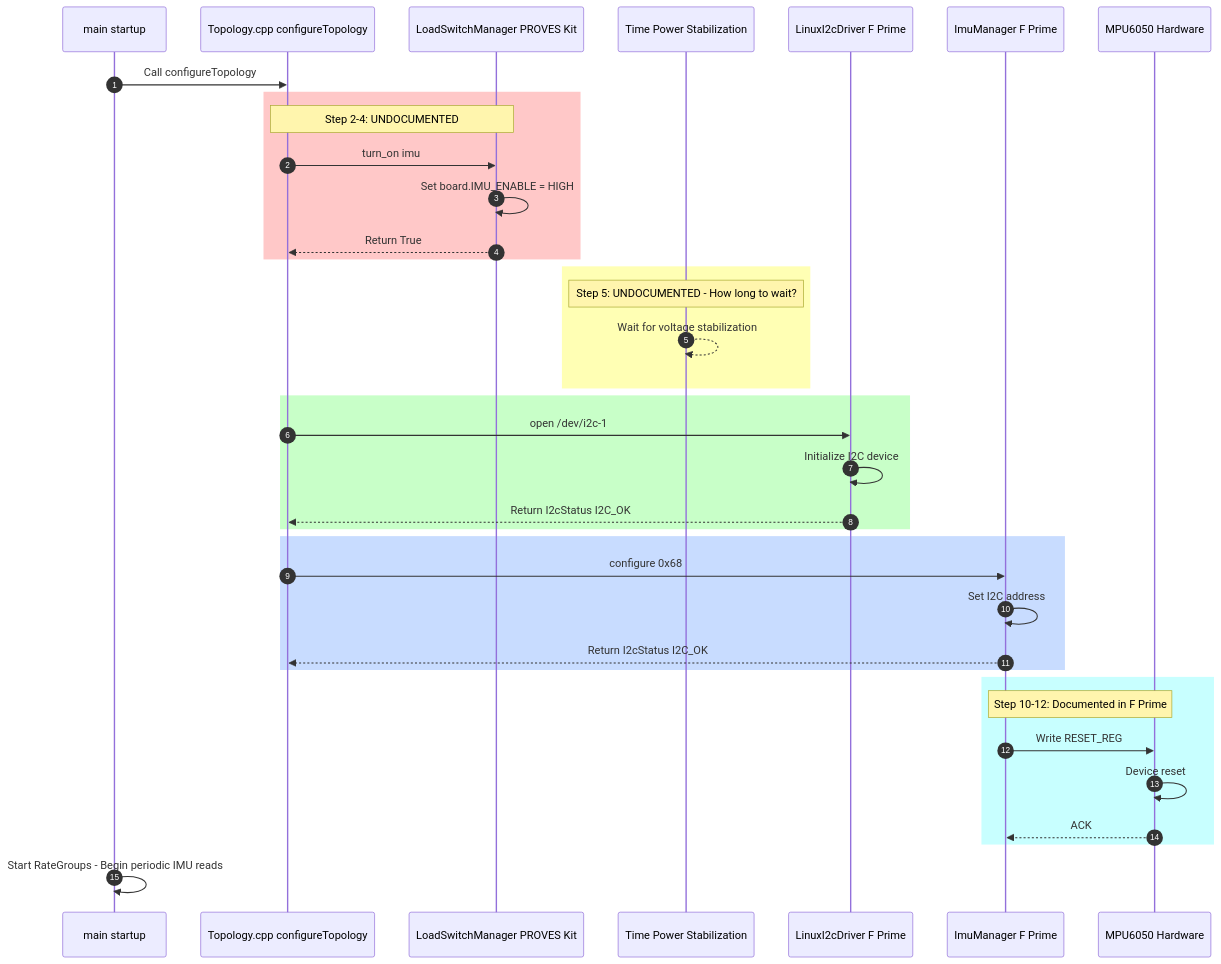
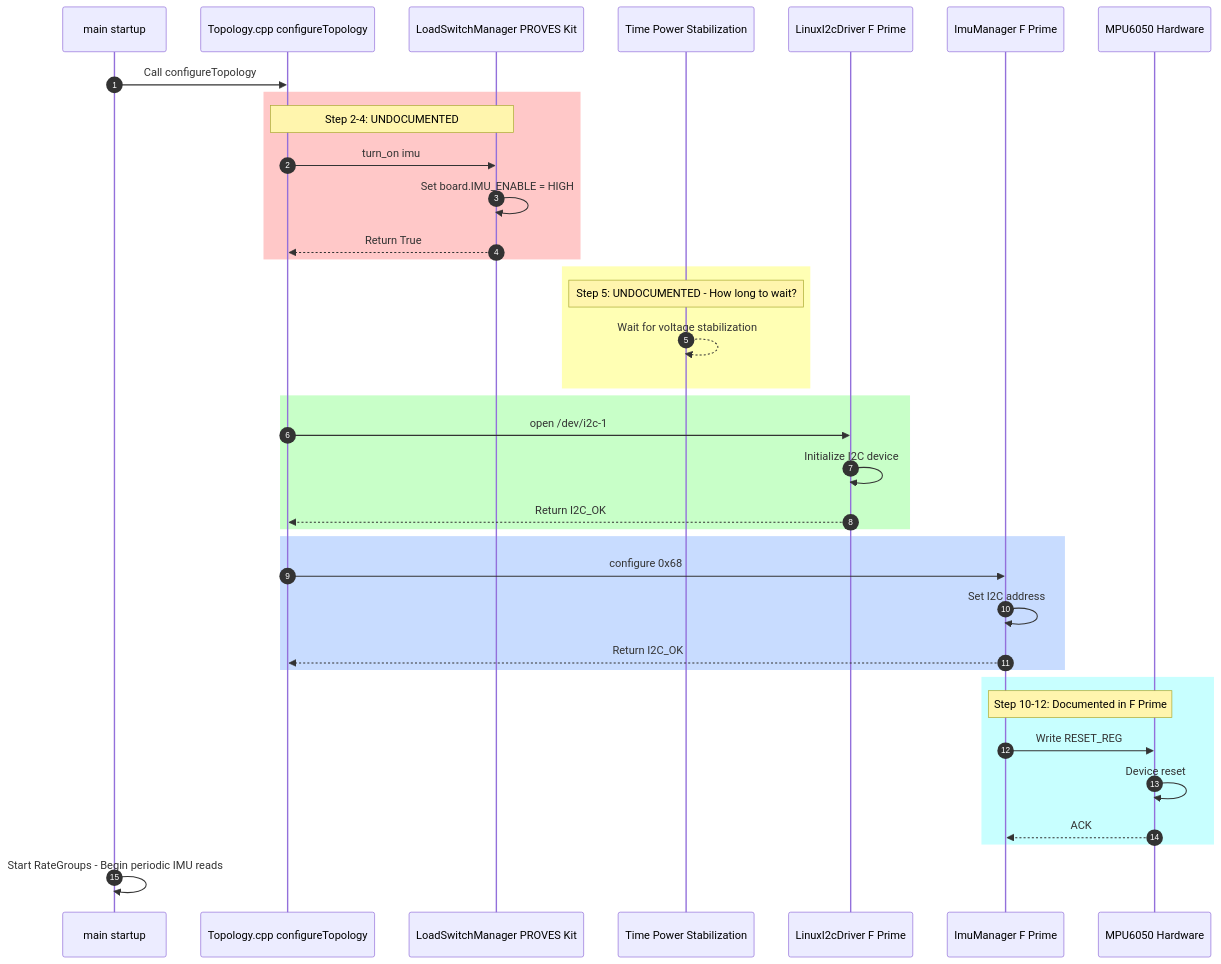
One commit to phantom-man/PROVES_LIBRARY changed the second of 6 diagrams in docs/diagrams/transitive-chains.md. Above: the diagram before and after it, drawn with Mermaid.

Commit message:
Fix sequence diagram - remove I2cStatus colons

````diff
--- a/docs/diagrams/transitive-chains.md
+++ b/docs/diagrams/transitive-chains.md
@@ -147,46 +147,46 @@
 ```mermaid
 sequenceDiagram
     autonumber
     participant Main as main startup
     participant Topo as Topology.cpp configureTopology
     participant LSM as LoadSwitchManager PROVES Kit
     participant Delay as Time Power Stabilization
     participant BD as LinuxI2cDriver F Prime
     participant IM as ImuManager F Prime
     participant HW as MPU6050 Hardware
 
     Main->>Topo: Call configureTopology
 
     rect rgb(255, 200, 200)
         Note over Topo,LSM: Step 2-4: UNDOCUMENTED
         Topo->>LSM: turn_on imu
         LSM->>LSM: Set board.IMU_ENABLE = HIGH
         LSM-->>Topo: Return True
     end
 
     rect rgb(255, 255, 180)
         Note over Delay: Step 5: UNDOCUMENTED - How long to wait?
         Delay-->>Delay: Wait for voltage stabilization
     end
 
     rect rgb(200, 255, 200)
         Topo->>BD: open /dev/i2c-1
         BD->>BD: Initialize I2C device
-        BD-->>Topo: Return I2cStatus I2C_OK
+        BD-->>Topo: Return I2C_OK
     end
 
     rect rgb(200, 220, 255)
         Topo->>IM: configure 0x68
         IM->>IM: Set I2C address
-        IM-->>Topo: Return I2cStatus I2C_OK
+        IM-->>Topo: Return I2C_OK
     end
 
     rect rgb(200, 255, 255)
         Note over IM,HW: Step 10-12: Documented in F Prime
         IM->>HW: Write RESET_REG
         HW->>HW: Device reset
         HW-->>IM: ACK
     end
 
     Main->>Main: Start RateGroups - Begin periodic IMU reads
 ```
````
